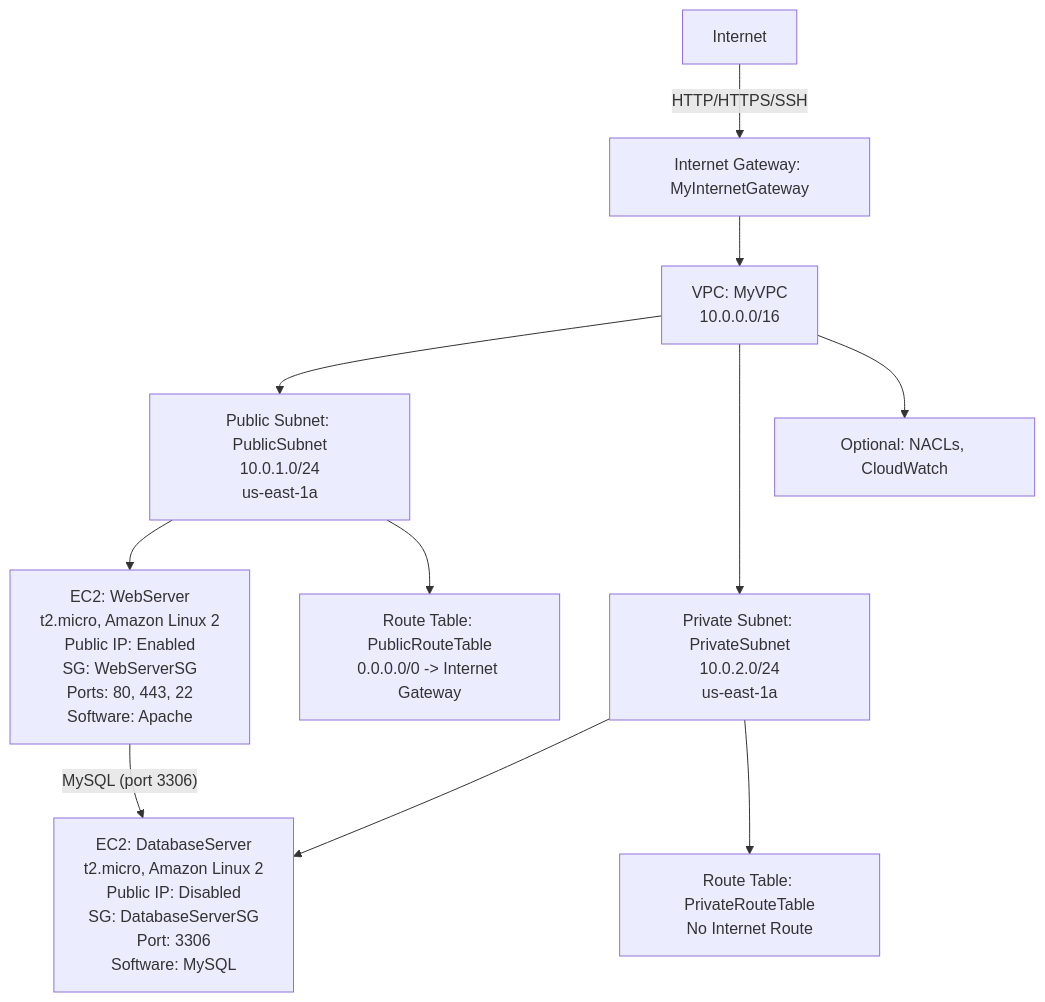
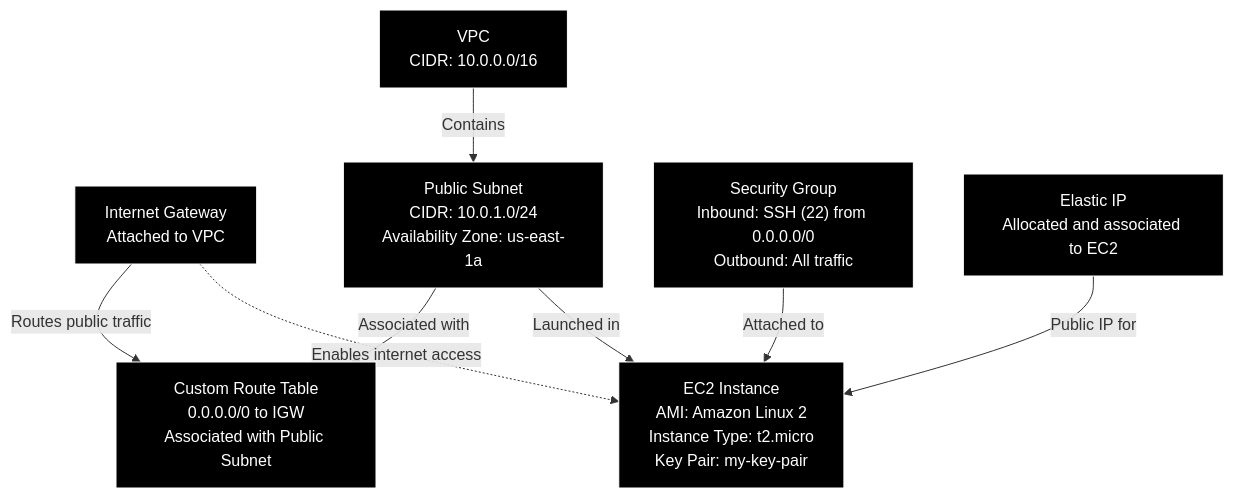
Before and after one commit to Fred-Khan/AWS_Basic_EC2_VPC: the diagram in README.md, drawn with Mermaid.

Commit message:
Update README.md
Updated AWS VPC Architecture Diagram.

````diff
--- a/README.md
+++ b/README.md
@@ -8,13 +8,23 @@
 ```mermaid
 graph TD
-    A[Internet] -->|"HTTP/HTTPS/SSH"| B[Internet Gateway: MyInternetGateway]
-    B --> C[VPC: MyVPC<br>10.0.0.0/16]
-    C --> D[Public Subnet: PublicSubnet<br>10.0.1.0/24<br>us-east-1a]
-    C --> E[Private Subnet: PrivateSubnet<br>10.0.2.0/24<br>us-east-1a]
-    D --> F[EC2: WebServer<br>t2.micro, Amazon Linux 2<br>Public IP: Enabled<br>SG: WebServerSG<br>Ports: 80, 443, 22<br>Software: Apache]
-    E --> G[EC2: DatabaseServer<br>t2.micro, Amazon Linux 2<br>Public IP: Disabled<br>SG: DatabaseServerSG<br>Port: 3306<br>Software: MySQL]
-    F -->|"MySQL (port 3306)"| G
-    D --> H[Route Table: PublicRouteTable<br>0.0.0.0/0 -> Internet Gateway]
-    E --> I[Route Table: PrivateRouteTable<br>No Internet Route]
-    C --> J[Optional: NACLs, CloudWatch]
+    IGW["Internet Gateway<br/>Attached to VPC"] -->|Routes public traffic| RT["Custom Route Table<br/>0.0.0.0/0 to IGW<br/>Associated with Public Subnet"]
+    
+    VPC["VPC<br/>CIDR: 10.0.0.0/16"] -->|Contains| PS["Public Subnet<br/>CIDR: 10.0.1.0/24<br/>Availability Zone: us-east-1a"]
+    PS -->|Associated with| RT
+    
+    SG["Security Group<br/>Inbound: SSH (22) from 0.0.0.0/0<br/>Outbound: All traffic"] -->|Attached to| EC2
+    
+    PS -->|Launched in| EC2["EC2 Instance<br/>AMI: Amazon Linux 2<br/>Instance Type: t2.micro<br/>Key Pair: my-key-pair"]
+    
+    EIP["Elastic IP<br/>Allocated and associated to EC2"] -->|Public IP for| EC2
+    
+    IGW -.->|Enables internet access| EC2
+
+    style VPC fill:#000000,stroke:#ffffff,color:#ffffff
+    style PS fill:#000000,stroke:#ffffff,color:#ffffff
+    style IGW fill:#000000,stroke:#ffffff,color:#ffffff
+    style RT fill:#000000,stroke:#ffffff,color:#ffffff
+    style SG fill:#000000,stroke:#ffffff,color:#ffffff
+    style EC2 fill:#000000,stroke:#ffffff,color:#ffffff
+    style EIP fill:#000000,stroke:#ffffff,color:#ffffff
 ```
````
